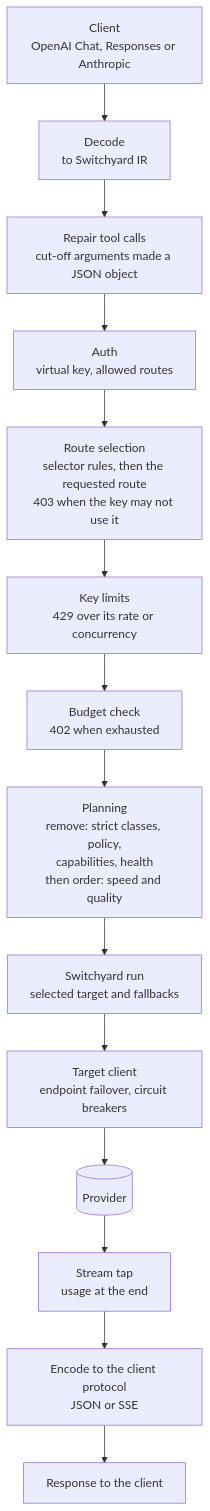
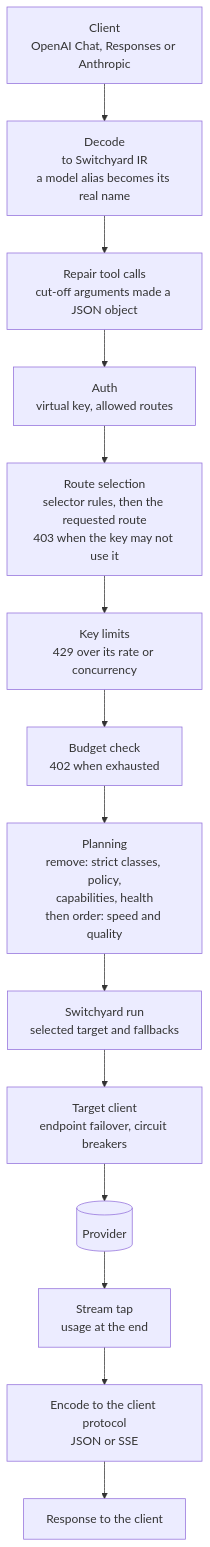
Before and after one commit to gschaetz/humpyard: the first of 4 diagrams in docs/architecture.md, drawn with Mermaid. The commit also changed other lines of this file and 21 other files, not shown here.

First line of the commit message:
feat(api): model aliases with labels in /v1/models (gateway-model-aliases) (#247)

````diff
--- a/docs/architecture.md
+++ b/docs/architecture.md
@@ -91,16 +91,16 @@
 ```mermaid
 flowchart TD
-    CL[Client<br/>OpenAI Chat, Responses or Anthropic] --> API[Decode<br/>to Switchyard IR]
+    CL[Client<br/>OpenAI Chat, Responses or Anthropic] --> API[Decode<br/>to Switchyard IR<br/>a model alias becomes its real name]
     API --> REP[Repair tool calls<br/>cut-off arguments made a JSON object]
     REP --> AUTH[Auth<br/>virtual key, allowed routes]
     AUTH --> SEL[Route selection<br/>selector rules, then the requested route<br/>403 when the key may not use it]
     SEL --> LIM[Key limits<br/>429 over its rate or concurrency]
     LIM --> BUD[Budget check<br/>402 when exhausted]
     BUD --> PLAN[Planning<br/>remove: strict classes, policy,<br/>capabilities, health<br/>then order: speed and quality]
     PLAN --> RUN[Switchyard run<br/>selected target and fallbacks]
     RUN --> TC[Target client<br/>endpoint failover, circuit breakers]
     TC --> PRV[(Provider)]
     PRV --> TAP[Stream tap<br/>usage at the end]
     TAP --> ENC[Encode to the client protocol<br/>JSON or SSE]
     ENC --> OUT[Response to the client]
 ```
````
